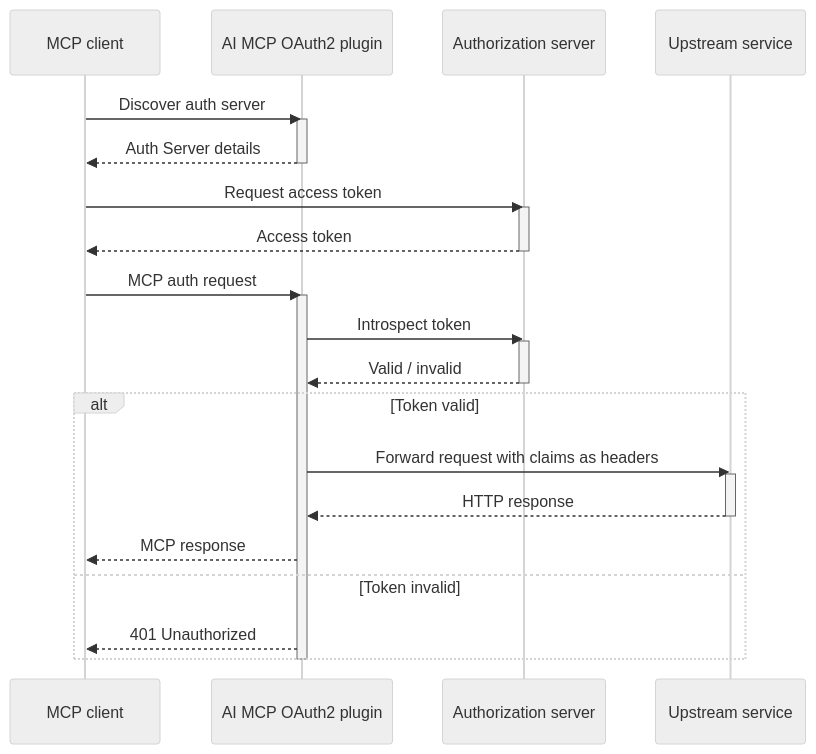
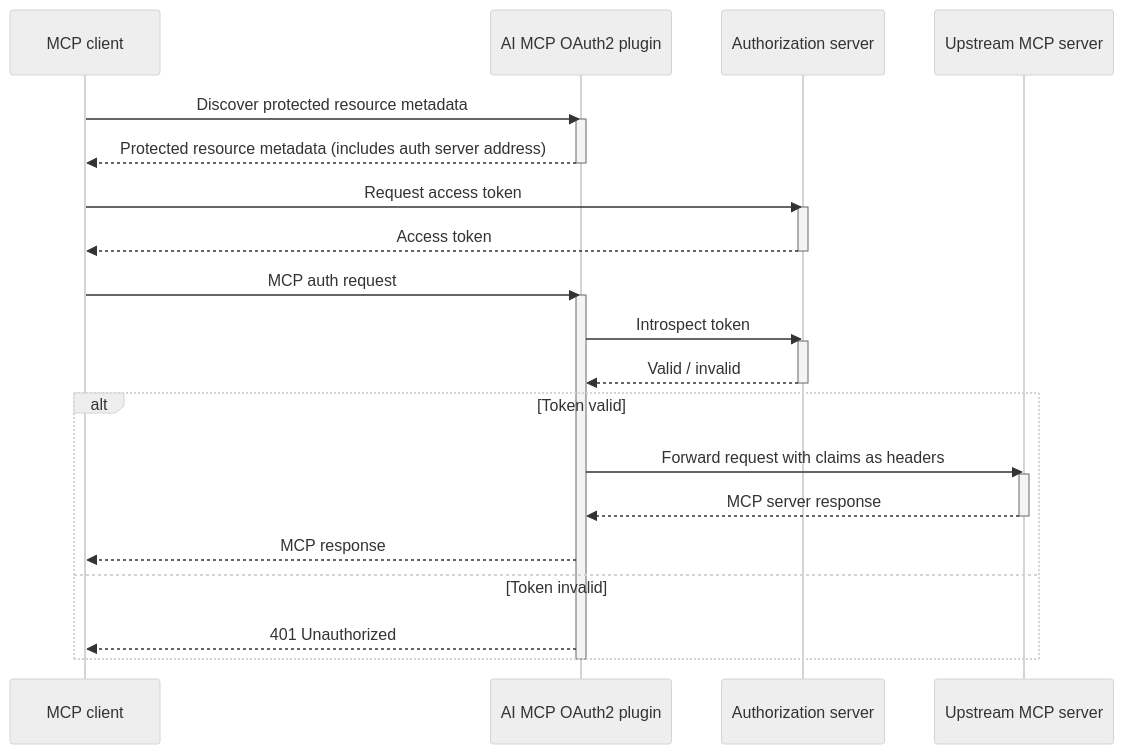
One commit to Kong/developer.konghq.com changed the diagram in app/_kong_plugins/ai-mcp-oauth2/index.md. Above: the diagram before and after it, drawn with Mermaid (neutral theme). The commit also changed other lines of this file, not shown here.

Commit message:
Update mermaid flow

```diff
--- a/app/_kong_plugins/ai-mcp-oauth2/index.md
+++ b/app/_kong_plugins/ai-mcp-oauth2/index.md
@@ -70,36 +70,36 @@
 {% mermaid %}
 sequenceDiagram
     participant C as MCP client
     participant K as AI MCP OAuth2 plugin
     participant AS as Authorization server
-    participant U as Upstream service
+    participant U as Upstream MCP server
 
-    C->>K: Discover auth server
+    C->>K: Discover protected resource metadata
     activate K
-    K-->>C: Auth Server details
+    K-->>C: Protected resource metadata (includes auth server address)
     deactivate K
 
     C->>AS: Request access token
     activate AS
     AS-->>C: Access token
     deactivate AS
 
     C->>K: MCP auth request
     activate K
     K->>AS: Introspect token
     activate AS
     AS-->>K: Valid / invalid
     deactivate AS
 
     alt Token valid
         K->>U: Forward request with claims as headers
         activate U
-        U-->>K: HTTP response
+        U-->>K: MCP server response
         deactivate U
         K-->>C: MCP response
     else Token invalid
         K-->>C: 401 Unauthorized
     end
     deactivate K
 
 {% endmermaid %}
```
